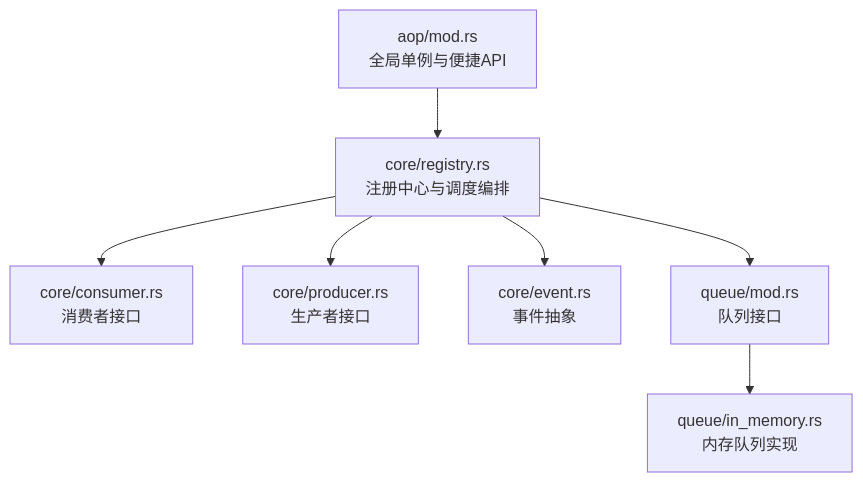
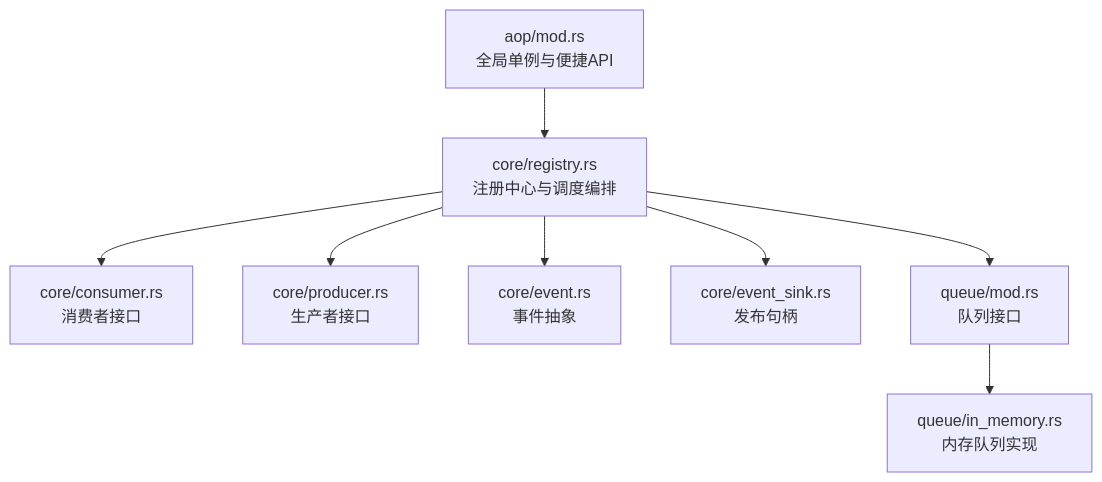
Before and after one commit to runningcoders/ai_orz: the first of 5 diagrams in docs/wiki/zh/content/基础设施/AOP 事件系统/AOP 核心架构/注册中心与调度器.md, drawn with Mermaid. The commit also changed other lines of this file and 37 other files, not shown here.

````diff
--- a/docs/wiki/zh/content/基础设施/AOP 事件系统/AOP 核心架构/注册中心与调度器.md
+++ b/docs/wiki/zh/content/基础设施/AOP 事件系统/AOP 核心架构/注册中心与调度器.md
@@ -43,9 +53,10 @@
 ```mermaid
 graph TB
 A["aop/mod.rs<br/>全局单例与便捷API"] --> B["core/registry.rs<br/>注册中心与调度编排"]
 B --> C["core/consumer.rs<br/>消费者接口"]
 B --> D["core/producer.rs<br/>生产者接口"]
 B --> E["core/event.rs<br/>事件抽象"]
-B --> F["queue/mod.rs<br/>队列接口"]
-F --> G["queue/in_memory.rs<br/>内存队列实现"]
+B --> F["core/event_sink.rs<br/>发布句柄"]
+B --> G["queue/mod.rs<br/>队列接口"]
+G --> H["queue/in_memory.rs<br/>内存队列实现"]
 ```
````
